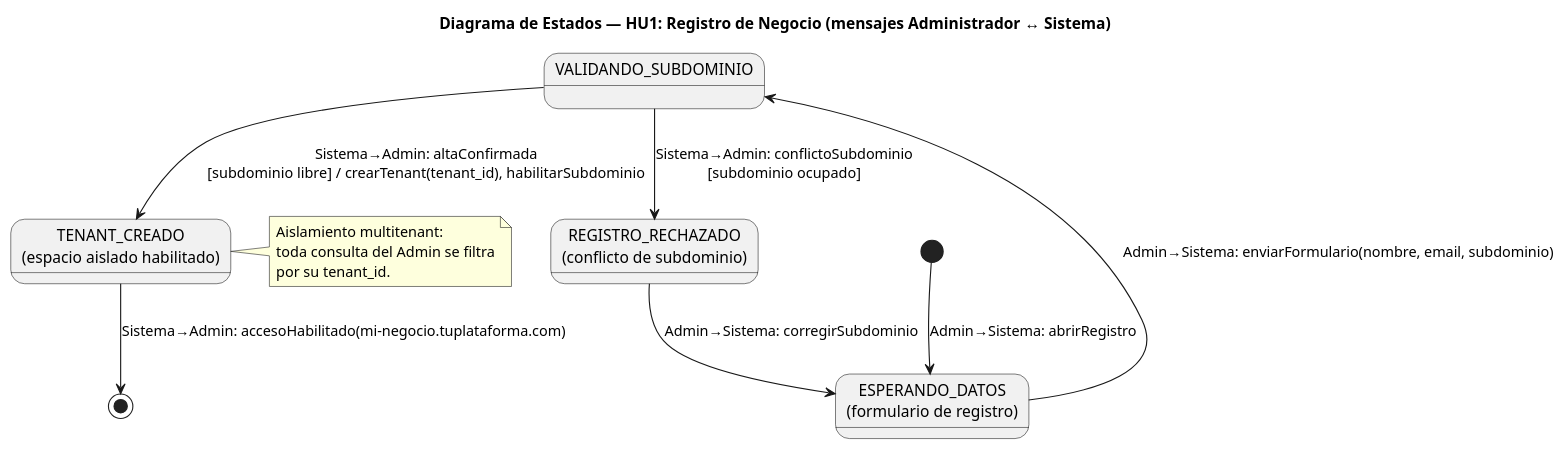
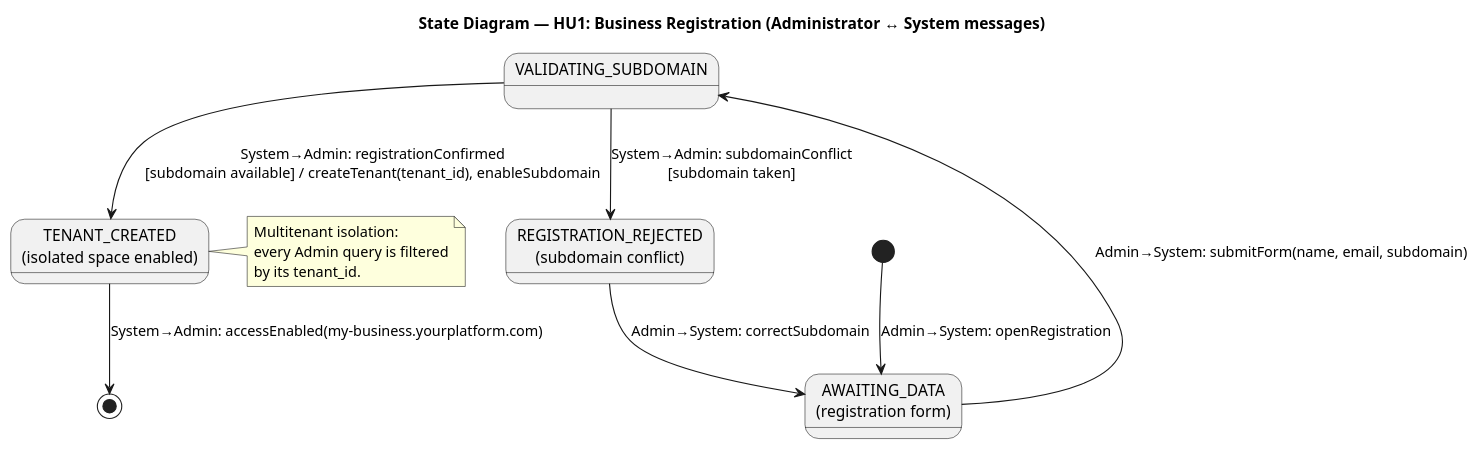
One commit to jose-korvusinc/finalproject-lidr-i4devs changed the diagram in system_architecture/user_stories_view/state-diagram_hu1.puml. Above: the diagram before and after it, drawn with PlantUML. The commit also changed 25 other files, not shown here.

Commit message:
Translate names and add analysis class diagram

```diff
--- a/system_architecture/user_stories_view/state-diagram_hu1.puml
+++ b/system_architecture/user_stories_view/state-diagram_hu1.puml
@@ -1,28 +1,28 @@
 @startuml
-title Diagrama de Estados — HU1: Registro de Negocio (mensajes Administrador ↔ Sistema)
+title State Diagram — HU1: Business Registration (Administrator ↔ System messages)
 
-' Refina el estado-contexto REGISTRO_TENANT (HU1).
-' Actores: Administrador del Negocio (Tenant) <-> Sistema.
+' Refines the context-state TENANT_REGISTRATION (HU1).
+' Actors: Business Administrator (Tenant) <-> System.
 
-state "ESPERANDO_DATOS\n(formulario de registro)" as datos
-state "VALIDANDO_SUBDOMINIO" as validando
-state "TENANT_CREADO\n(espacio aislado habilitado)" as creado
-state "REGISTRO_RECHAZADO\n(conflicto de subdominio)" as rechazado
+state "AWAITING_DATA\n(registration form)" as data
+state "VALIDATING_SUBDOMAIN" as validating
+state "TENANT_CREATED\n(isolated space enabled)" as created
+state "REGISTRATION_REJECTED\n(subdomain conflict)" as rejected
 
-[*] --> datos : Admin→Sistema: abrirRegistro
+[*] --> data : Admin→System: openRegistration
 
-datos --> validando : Admin→Sistema: enviarFormulario(nombre, email, subdominio)
+data --> validating : Admin→System: submitForm(name, email, subdomain)
 
-validando --> creado : Sistema→Admin: altaConfirmada\n[subdominio libre] / crearTenant(tenant_id), habilitarSubdominio
-validando --> rechazado : Sistema→Admin: conflictoSubdominio\n[subdominio ocupado]
+validating --> created : System→Admin: registrationConfirmed\n[subdomain available] / createTenant(tenant_id), enableSubdomain
+validating --> rejected : System→Admin: subdomainConflict\n[subdomain taken]
 
-rechazado --> datos : Admin→Sistema: corregirSubdominio
+rejected --> data : Admin→System: correctSubdomain
 
-creado --> [*] : Sistema→Admin: accesoHabilitado(mi-negocio.tuplataforma.com)
+created --> [*] : System→Admin: accessEnabled(my-business.yourplatform.com)
 
-note right of creado
-  Aislamiento multitenant:
-  toda consulta del Admin se filtra
-  por su tenant_id.
+note right of created
+  Multitenant isolation:
+  every Admin query is filtered
+  by its tenant_id.
 end note
 @enduml
```
